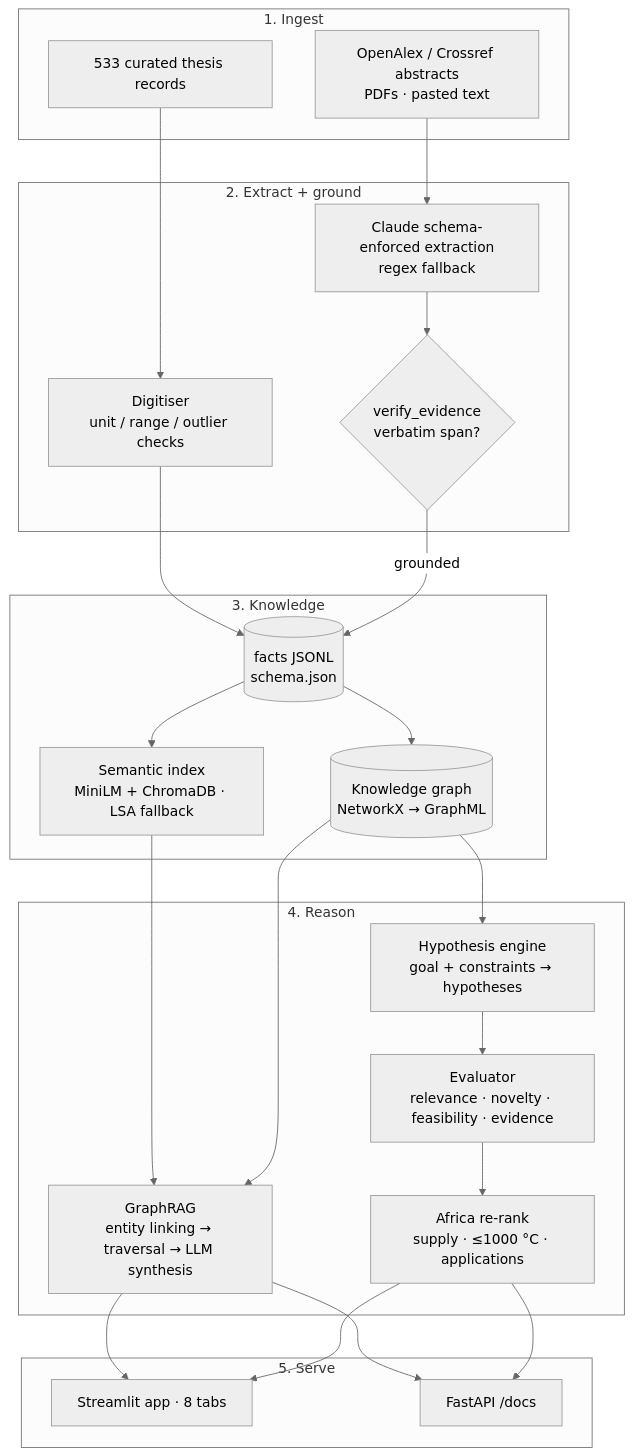
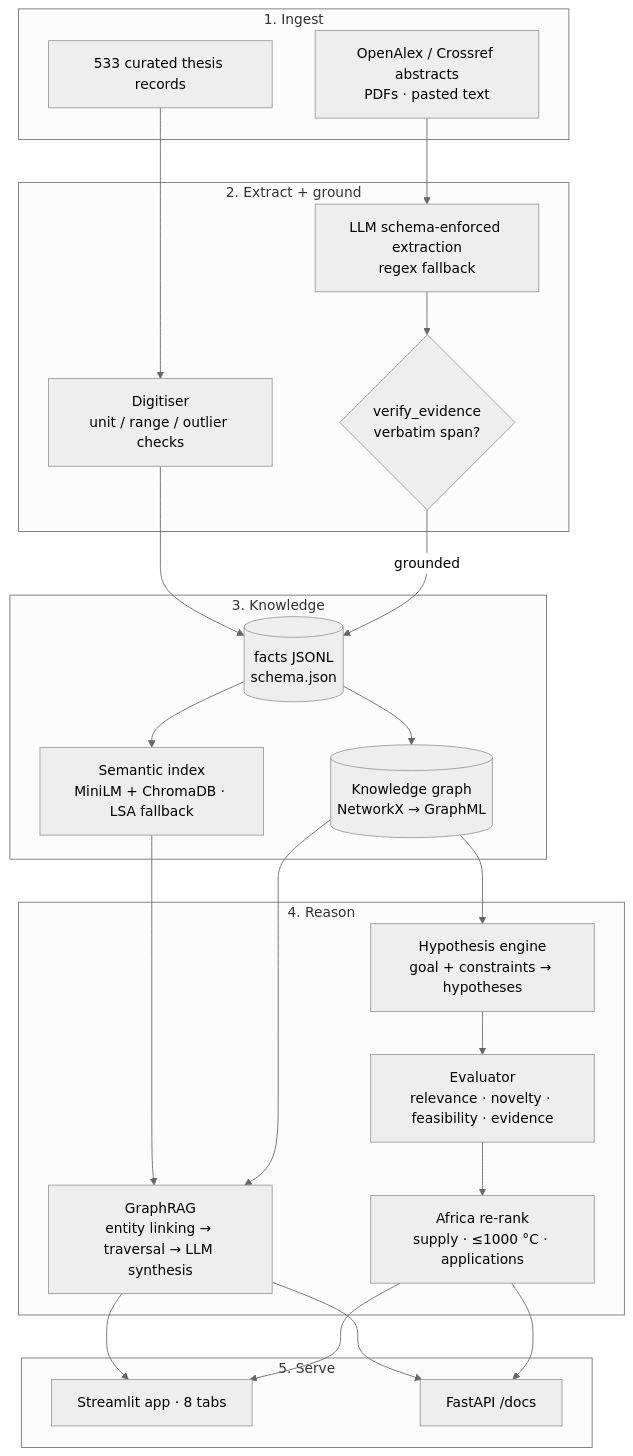
One commit to michaelTomiwa/ahsc-llzo-analysis changed the diagram in README.md. Above: the diagram before and after it, drawn with Mermaid (neutral theme). The commit also changed other lines of this file and 7 other files, not shown here.

````diff
--- a/README.md
+++ b/README.md
@@ -22,33 +22,33 @@
 ```mermaid
 flowchart TB
   subgraph Ingest[1. Ingest]
     CSV[533 curated thesis records]
     LIT[OpenAlex / Crossref abstracts\nPDFs · pasted text]
   end
   subgraph Extract[2. Extract + ground]
     DIG[Digitiser\nunit / range / outlier checks]
-    LLM[Claude schema-enforced extraction\nregex fallback]
+    LLM[LLM schema-enforced extraction\nregex fallback]
     VER{verify_evidence\nverbatim span?}
   end
   subgraph Know[3. Knowledge]
     FACTS[(facts JSONL\nschema.json)]
     IDX[Semantic index\nMiniLM + ChromaDB · LSA fallback]
     KG[(Knowledge graph\nNetworkX → GraphML)]
   end
   subgraph Reason[4. Reason]
     RAG[GraphRAG\nentity linking → traversal → LLM synthesis]
     HYP[Hypothesis engine\ngoal + constraints → hypotheses]
     EVAL[Evaluator\nrelevance · novelty · feasibility · evidence]
     AFR[Africa re-rank\nsupply · ≤1000 °C · applications]
   end
   subgraph Serve[5. Serve]
     APP[Streamlit app · 8 tabs]
     API[FastAPI /docs]
   end
   CSV --> DIG --> FACTS
   LIT --> LLM --> VER -->|grounded| FACTS
   FACTS --> IDX & KG
   IDX & KG --> RAG
   KG --> HYP --> EVAL --> AFR
   RAG & AFR --> APP & API
 ```
````
